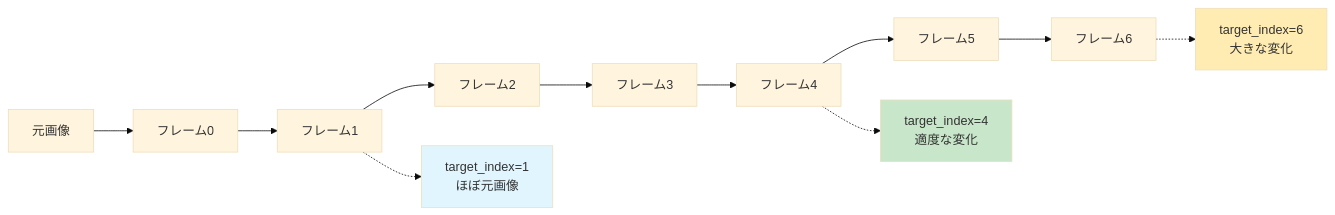
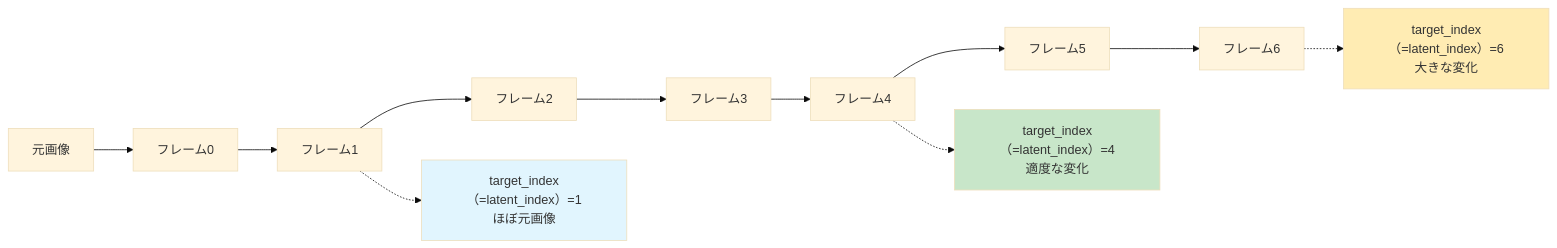
One commit to tanbw/FramePack-eichi changed the first of 13 diagrams in README/framepack_oichi_user_friendly_guide.md. Above: the diagram before and after it, drawn with Mermaid (base theme). The commit also changed other lines of this file, not shown here.

````diff
--- a/README/framepack_oichi_user_friendly_guide.md
+++ b/README/framepack_oichi_user_friendly_guide.md
@@ -45,18 +62,18 @@
 ```mermaid
 graph LR
     A[元画像] --> B[フレーム0]
     B --> C[フレーム1]
     C --> D[フレーム2]
     D --> E[フレーム3]
     E --> F[フレーム4]
     F --> G[フレーム5]
     G --> H[フレーム6]
     
-    C -.-> I[target_index=1<br/>ほぼ元画像]
-    F -.-> J[target_index=4<br/>適度な変化]
-    H -.-> K[target_index=6<br/>大きな変化]
+    C -.-> I[target_index（=latent_index）=1<br/>ほぼ元画像]
+    F -.-> J[target_index（=latent_index）=4<br/>適度な変化]
+    H -.-> K[target_index（=latent_index）=6<br/>大きな変化]
     
     style I fill:#e1f5fe
     style J fill:#c8e6c9
     style K fill:#ffecb3
 ```
````
